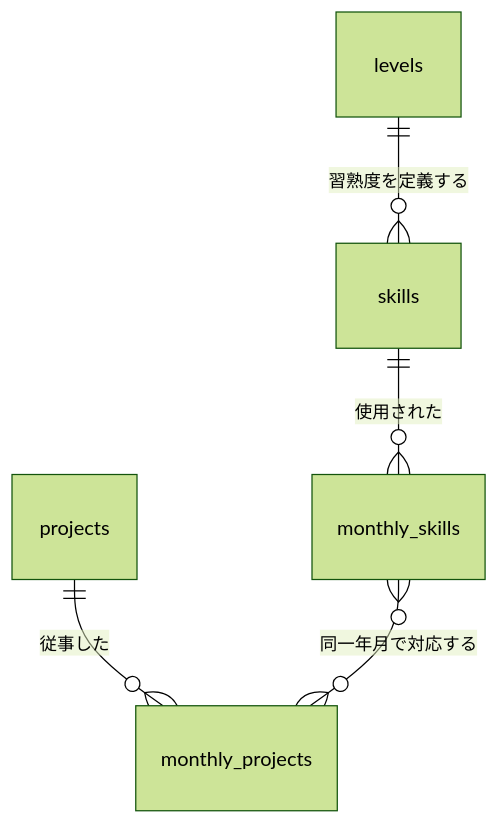
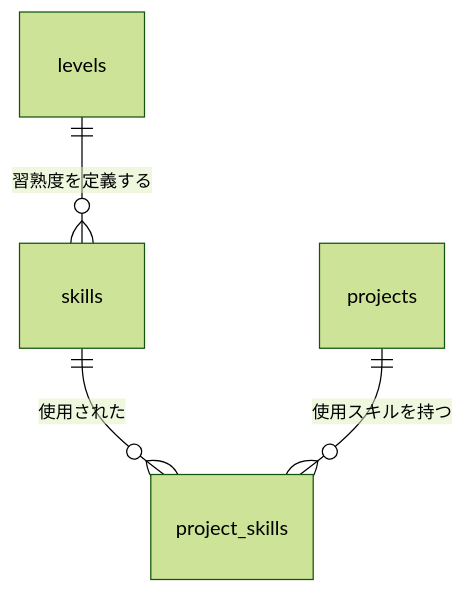
One commit to Seiya-Nakagawa/Portfolio changed the second of 4 diagrams in docs/02.design/DESIGN.md. Above: the diagram before and after it, drawn with Mermaid (forest theme). The commit also changed other lines of this file and 1 other file, not shown here.

````diff
--- a/docs/02.design/DESIGN.md
+++ b/docs/02.design/DESIGN.md
@@ -96,7 +96,6 @@
 ```mermaid
 erDiagram
-    skills ||--o{ monthly_skills : "使用された"
+    skills ||--o{ project_skills : "使用された"
     levels ||--o{ skills : "習熟度を定義する"
-    projects ||--o{ monthly_projects : "従事した"
-    monthly_skills }o--o{ monthly_projects : "同一年月で対応する"
+    projects ||--o{ project_skills : "使用スキルを持つ"
 ```
````
